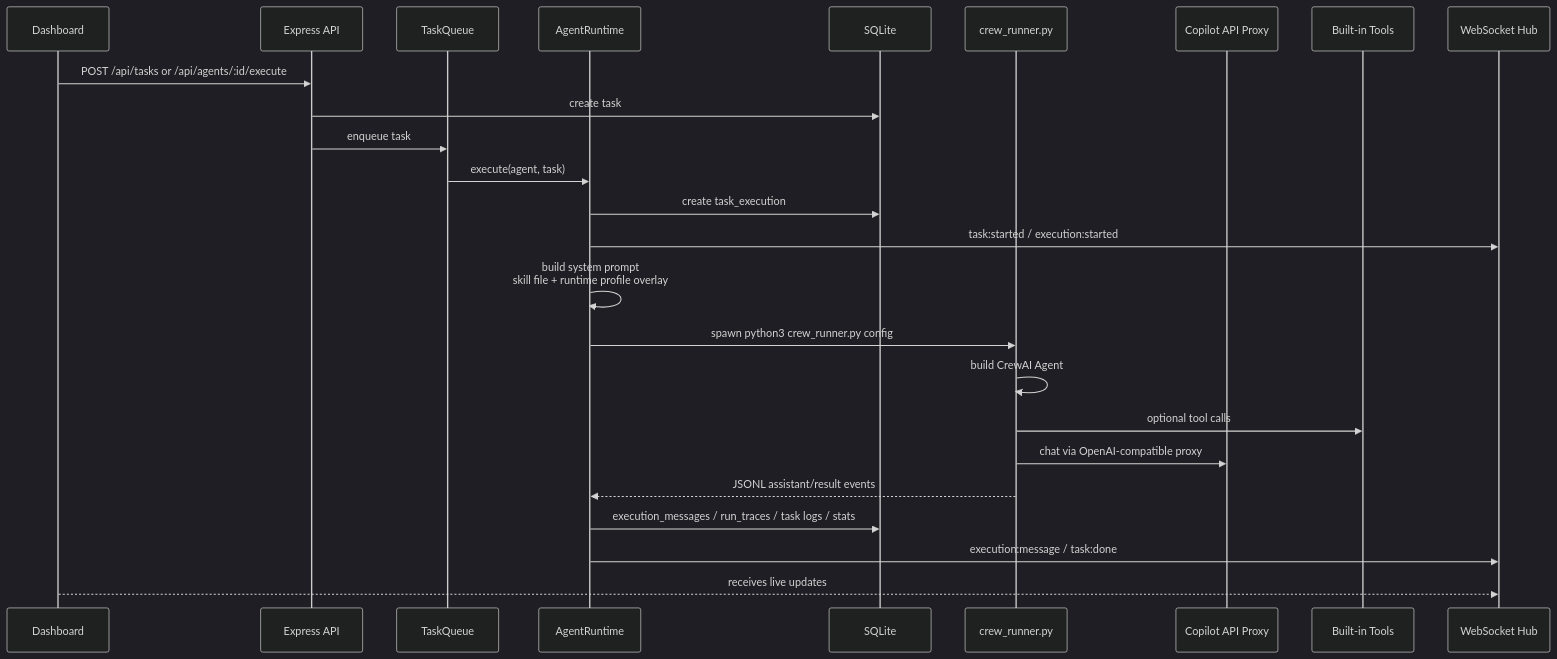
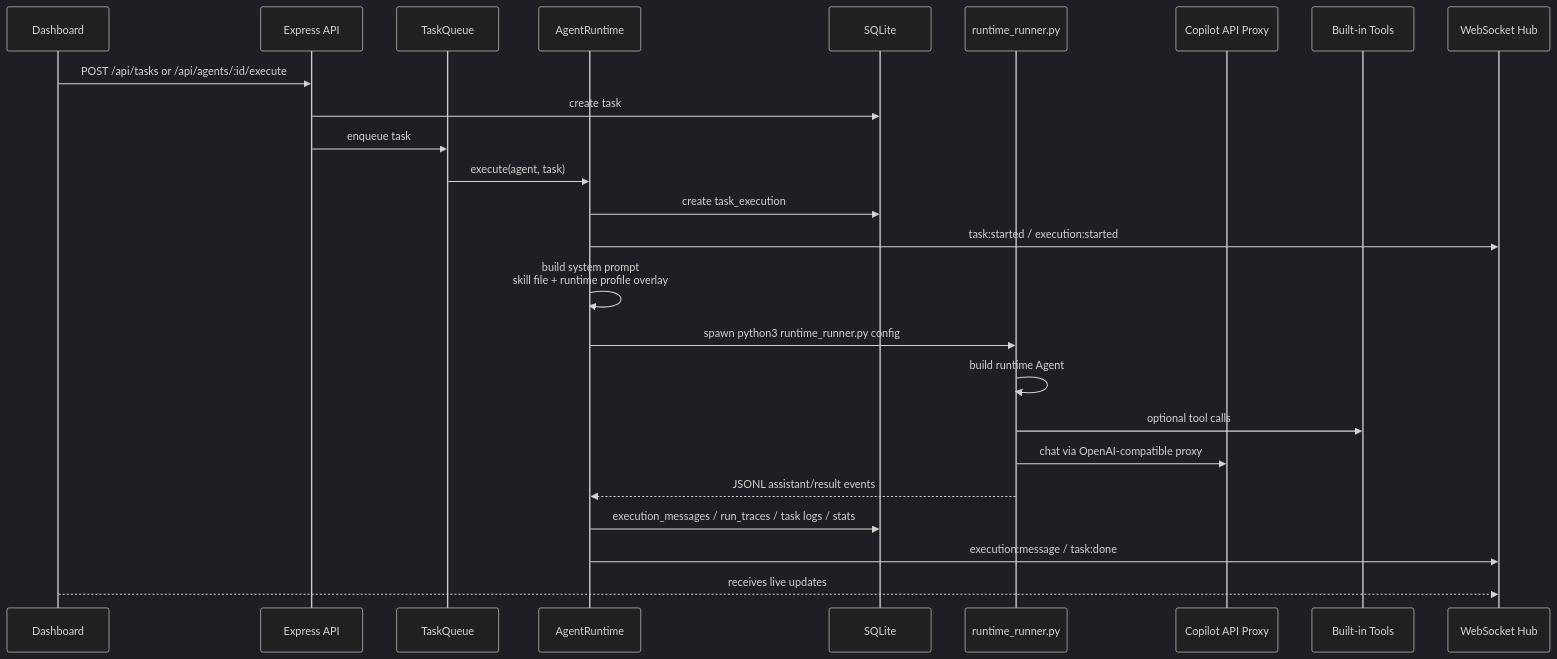
The fourth of 13 diagrams in docs/ARCHITECTURE.md (Zchary1106/Myrmecia), drawn with Mermaid (dark theme) before and after one commit. The commit also changed other lines of this file and 34 other files, not shown here.

First line of the commit message:
refactor: rename CrewAI runtime to Agent Factory Python Runtime

````diff
--- a/docs/ARCHITECTURE.md
+++ b/docs/ARCHITECTURE.md
@@ -163,28 +163,28 @@
 ```mermaid
 sequenceDiagram
   participant UI as Dashboard
   participant API as Express API
   participant Queue as TaskQueue
   participant RT as AgentRuntime
   participant DB as SQLite
-  participant Py as crew_runner.py
+  participant Py as runtime_runner.py
   participant LLM as Copilot API Proxy
   participant Tool as Built-in Tools
   participant WS as WebSocket Hub
 
   UI->>API: POST /api/tasks or /api/agents/:id/execute
   API->>DB: create task
   API->>Queue: enqueue task
   Queue->>RT: execute(agent, task)
   RT->>DB: create task_execution
   RT->>WS: task:started / execution:started
   RT->>RT: build system prompt<br/>skill file + runtime profile overlay
-  RT->>Py: spawn python3 crew_runner.py config
-  Py->>Py: build CrewAI Agent
+  RT->>Py: spawn python3 runtime_runner.py config
+  Py->>Py: build runtime Agent
   Py->>Tool: optional tool calls
   Py->>LLM: chat via OpenAI-compatible proxy
   Py-->>RT: JSONL assistant/result events
   RT->>DB: execution_messages / run_traces / task logs / stats
   RT->>WS: execution:message / task:done
   UI-->>WS: receives live updates
 ```
````
